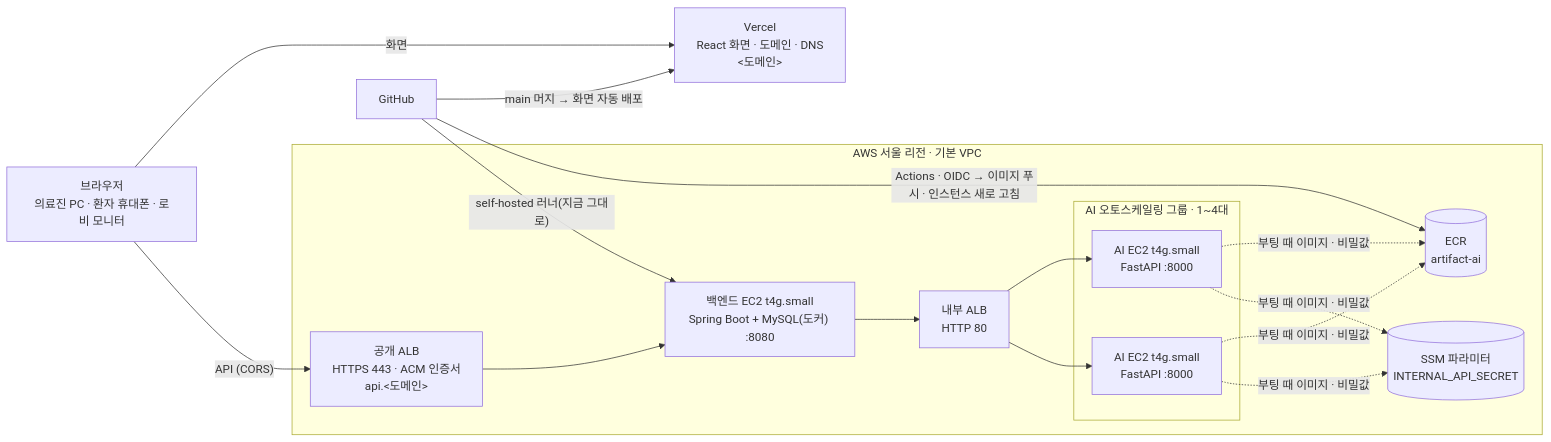
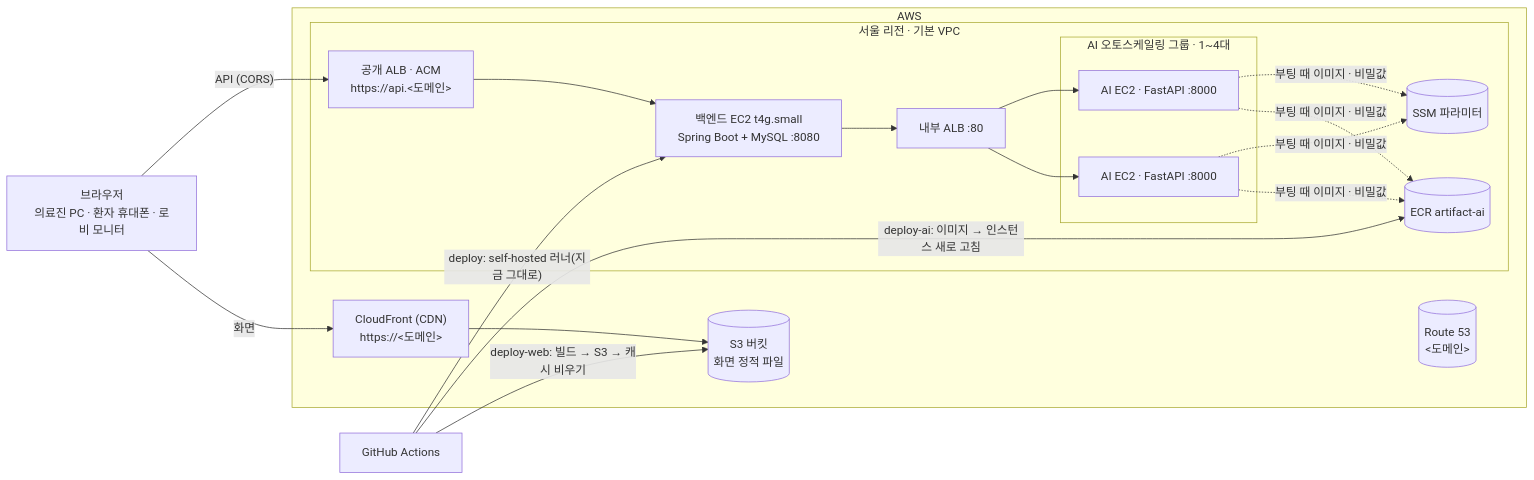
The diagram in docs/aws-elb-asg-guide.md (CSID-DGU/2026-1-CECD1-5-Artifact-9), drawn with Mermaid before and after one commit. The commit also changed other lines of this file and 14 other files, not shown here.

First line of the commit message:
feat(deploy): 화면을 S3 + CloudFront 로 — Route 53 도메인, GitHub Actions 로 올리고 캐시를 비운다

````diff
--- a/docs/aws-elb-asg-guide.md
+++ b/docs/aws-elb-asg-guide.md
@@ -18,23 +34,27 @@
 ```mermaid
 flowchart LR
   U["브라우저<br/>의료진 PC · 환자 휴대폰 · 로비 모니터"]
-  V["Vercel<br/>React 화면 · 도메인 · DNS<br/>&lt;도메인&gt;"]
-  subgraph AWS["AWS 서울 리전 · 기본 VPC"]
-    ALB["공개 ALB<br/>HTTPS 443 · ACM 인증서<br/>api.&lt;도메인&gt;"]
-    BE["백엔드 EC2 t4g.small<br/>Spring Boot + MySQL(도커) :8080"]
-    IALB["내부 ALB<br/>HTTP 80"]
-    subgraph ASG["AI 오토스케일링 그룹 · 1~4대"]
-      AI1["AI EC2 t4g.small<br/>FastAPI :8000"]
-      AI2["AI EC2 t4g.small<br/>FastAPI :8000"]
+  subgraph AWS["AWS"]
+    R53[("Route 53<br/>&lt;도메인&gt;")]
+    CF["CloudFront (CDN)<br/>https://&lt;도메인&gt;"]
+    S3[("S3 버킷<br/>화면 정적 파일")]
+    subgraph SEOUL["서울 리전 · 기본 VPC"]
+      ALB["공개 ALB · ACM<br/>https://api.&lt;도메인&gt;"]
+      BE["백엔드 EC2 t4g.small<br/>Spring Boot + MySQL :8080"]
+      IALB["내부 ALB :80"]
+      subgraph ASG["AI 오토스케일링 그룹 · 1~4대"]
+        AI1["AI EC2 · FastAPI :8000"]
+        AI2["AI EC2 · FastAPI :8000"]
+      end
+      ECR[("ECR artifact-ai")]
+      SSM[("SSM 파라미터")]
     end
-    ECR[("ECR<br/>artifact-ai")]
-    SSM[("SSM 파라미터<br/>INTERNAL_API_SECRET")]
   end
-  GH["GitHub"]
-  U -->|화면| V
+  GH["GitHub Actions"]
+  U -->|화면| CF --> S3
   U -->|"API (CORS)"| ALB --> BE --> IALB --> AI1 & AI2
-  GH -->|"main 머지 → 화면 자동 배포"| V
-  GH -->|"Actions · OIDC → 이미지 푸시 · 인스턴스 새로 고침"| ECR
+  GH -->|"deploy-web: 빌드 → S3 → 캐시 비우기"| S3
+  GH -->|"deploy-ai: 이미지 → 인스턴스 새로 고침"| ECR
+  GH -->|"deploy: self-hosted 러너(지금 그대로)"| BE
   AI1 & AI2 -.->|"부팅 때 이미지 · 비밀값"| ECR & SSM
-  GH -->|"self-hosted 러너(지금 그대로)"| BE
 ```
````
